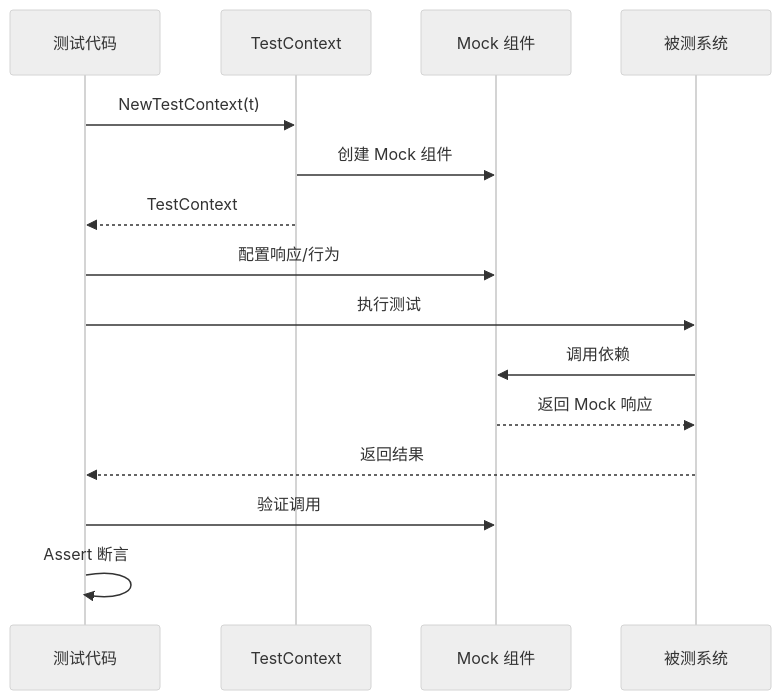
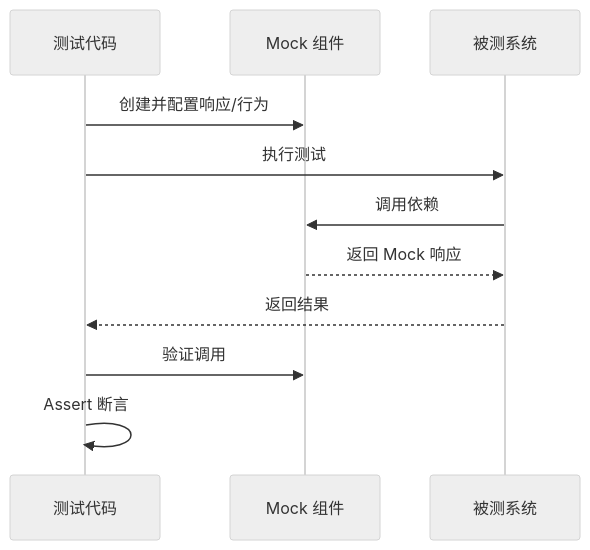
Before and after one commit to kart-io/goagent: the second of 2 diagrams in testing/README.md, drawn with Mermaid (neutral theme). The commit also changed other lines of this file and 139 other files, not shown here.

````diff
--- a/testing/README.md
+++ b/testing/README.md
@@ -53,20 +42,15 @@
 ```mermaid
 sequenceDiagram
     participant Test as 测试代码
-    participant TC as TestContext
     participant Mock as Mock 组件
     participant SUT as 被测系统
 
-    Test->>TC: NewTestContext(t)
-    TC->>Mock: 创建 Mock 组件
-    TC-->>Test: TestContext
-
-    Test->>Mock: 配置响应/行为
+    Test->>Mock: 创建并配置响应/行为
     Test->>SUT: 执行测试
     SUT->>Mock: 调用依赖
     Mock-->>SUT: 返回 Mock 响应
     SUT-->>Test: 返回结果
 
     Test->>Mock: 验证调用
     Test->>Test: Assert 断言
 ```
````
